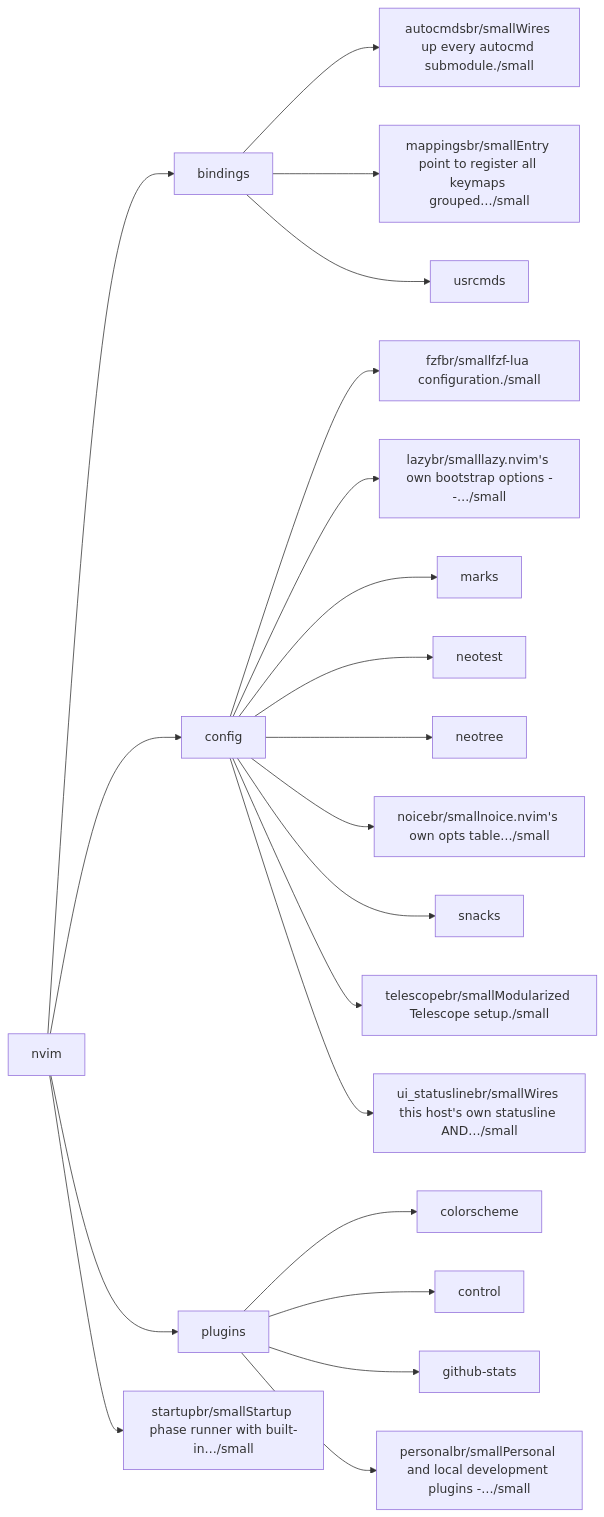
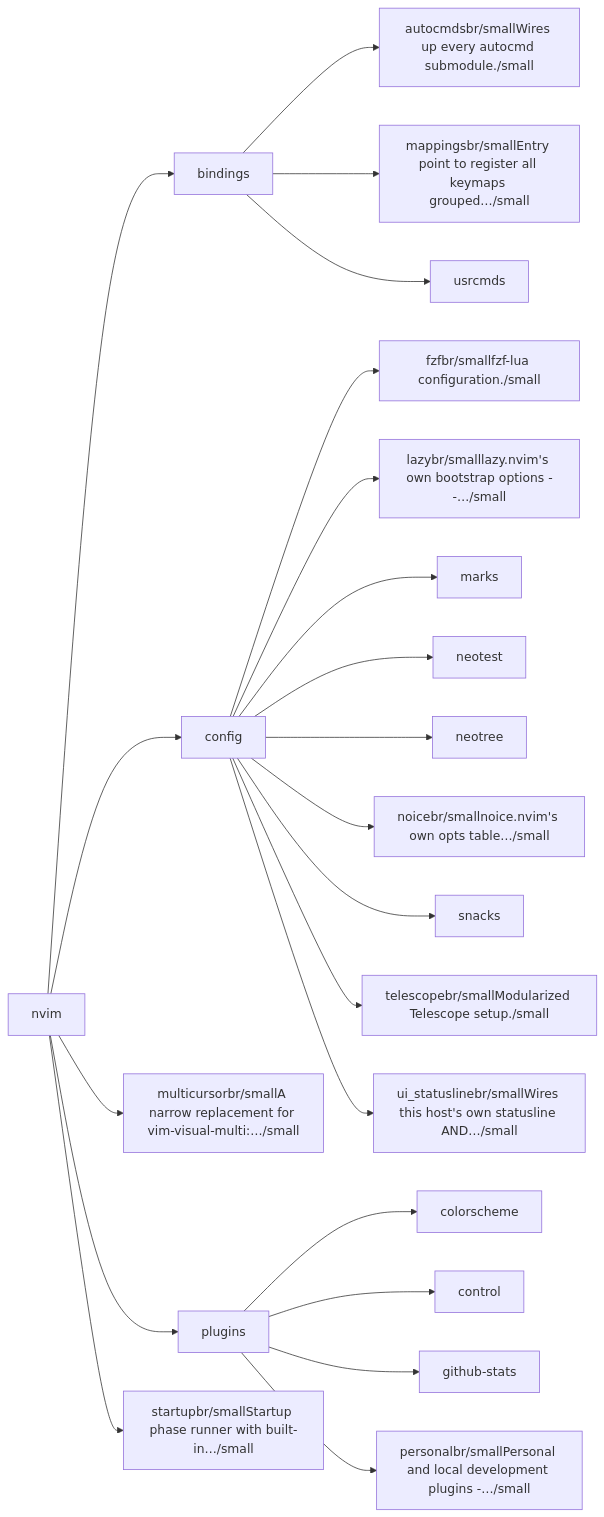
The first of 2 diagrams in docs/map/overview.md (WKDSteve/nvim), drawn with Mermaid before and after one commit. The commit also changed other lines of this file and 3 other files, not shown here.

````diff
--- a/docs/map/overview.md
+++ b/docs/map/overview.md
@@ -14,44 +14,46 @@
 ```mermaid
 flowchart LR
   nlua["nvim"]
   nlua_bindings["bindings"]
   nlua_bindings_autocmds["autocmdsbr/smallWires up every autocmd submodule./small"]
   nlua_bindings_mappings["mappingsbr/smallEntry point to register all keymaps grouped…/small"]
   nlua_bindings_usrcmds["usrcmds"]
   nlua_config["config"]
   nlua_config_fzf["fzfbr/smallfzf-lua configuration./small"]
   nlua_config_lazy["lazybr/smalllazy.nvim's own bootstrap options --…/small"]
   nlua_config_marks["marks"]
   nlua_config_neotest["neotest"]
   nlua_config_neotree["neotree"]
   nlua_config_noice["noicebr/smallnoice.nvim's own opts table…/small"]
   nlua_config_snacks["snacks"]
   nlua_config_telescope["telescopebr/smallModularized Telescope setup./small"]
   nlua_config_ui_statusline["ui_statuslinebr/smallWires this host's own statusline AND…/small"]
+  nlua_multicursor["multicursorbr/smallA narrow replacement for vim-visual-multi:…/small"]
   nlua_plugins["plugins"]
   nlua_plugins_colorscheme["colorscheme"]
   nlua_plugins_control["control"]
   nlua_plugins_github_stats["github-stats"]
   nlua_plugins_personal["personalbr/smallPersonal and local development plugins -…/small"]
   nlua_startup["startupbr/smallStartup phase runner with built-in…/small"]
   nlua --> nlua_bindings
   nlua_bindings --> nlua_bindings_autocmds
   nlua_bindings --> nlua_bindings_mappings
   nlua_bindings --> nlua_bindings_usrcmds
   nlua --> nlua_config
   nlua_config --> nlua_config_fzf
   nlua_config --> nlua_config_lazy
   nlua_config --> nlua_config_marks
   nlua_config --> nlua_config_neotest
   nlua_config --> nlua_config_neotree
   nlua_config --> nlua_config_noice
   nlua_config --> nlua_config_snacks
   nlua_config --> nlua_config_telescope
   nlua_config --> nlua_config_ui_statusline
+  nlua --> nlua_multicursor
   nlua --> nlua_plugins
   nlua_plugins --> nlua_plugins_colorscheme
   nlua_plugins --> nlua_plugins_control
   nlua_plugins --> nlua_plugins_github_stats
   nlua_plugins --> nlua_plugins_personal
   nlua --> nlua_startup
 ```
````
